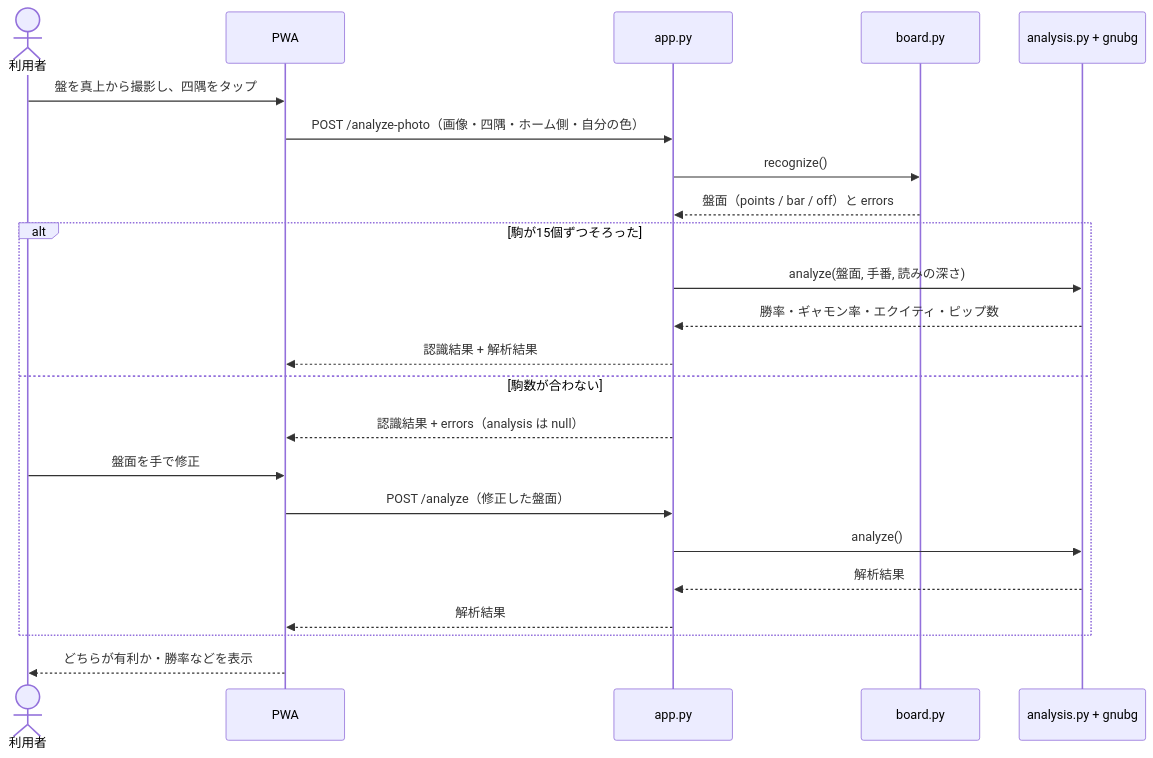
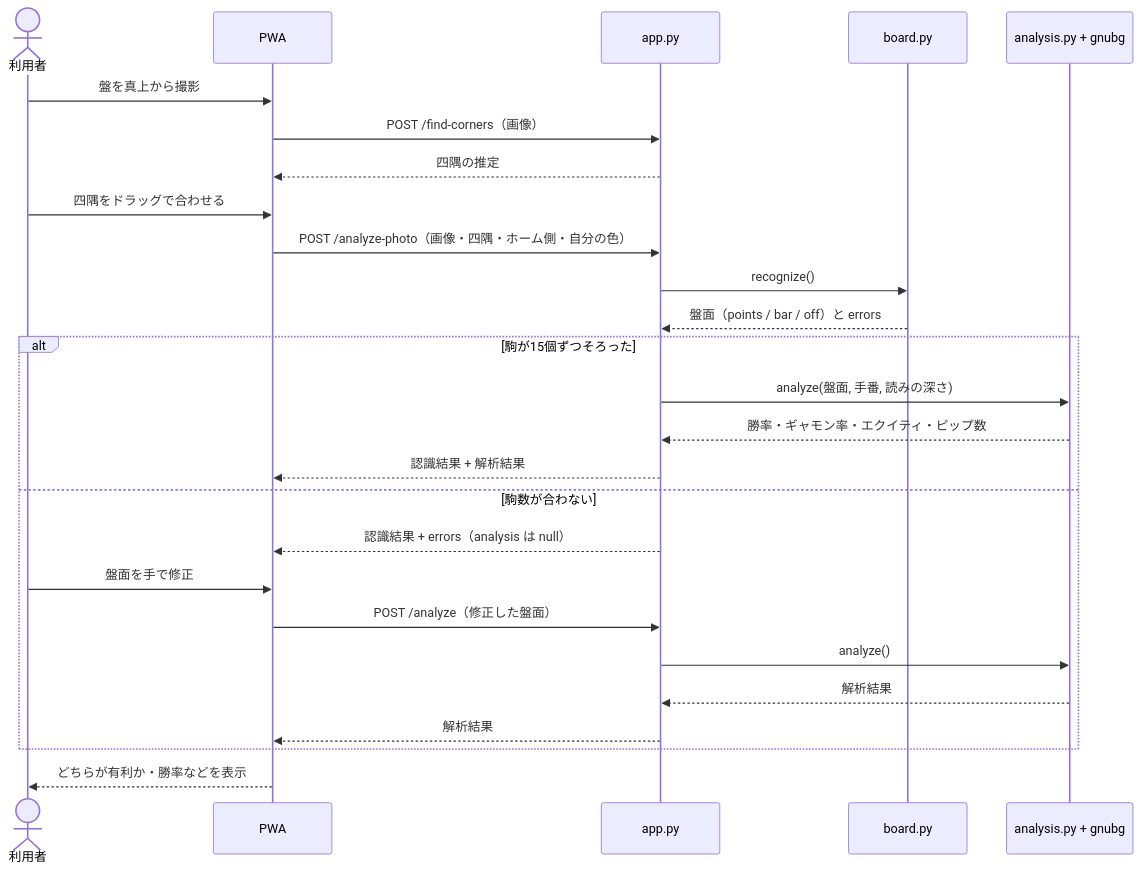
The third of 5 diagrams in README.md (ytani01/bganalyzer), drawn with Mermaid before and after one commit. The commit also changed other lines of this file and 9 other files, not shown here.

````diff
--- a/README.md
+++ b/README.md
@@ -83,26 +84,29 @@
 ```mermaid
 sequenceDiagram
     actor U as 利用者
     participant P as PWA
     participant A as app.py
     participant R as board.py
     participant G as analysis.py + gnubg
 
-    U->>P: 盤を真上から撮影し、四隅をタップ
+    U->>P: 盤を真上から撮影
+    P->>A: POST /find-corners（画像）
+    A-->>P: 四隅の推定
+    U->>P: 四隅をドラッグで合わせる
     P->>A: POST /analyze-photo（画像・四隅・ホーム側・自分の色）
     A->>R: recognize()
     R-->>A: 盤面（points / bar / off）と errors
     alt 駒が15個ずつそろった
         A->>G: analyze(盤面, 手番, 読みの深さ)
         G-->>A: 勝率・ギャモン率・エクイティ・ピップ数
         A-->>P: 認識結果 + 解析結果
     else 駒数が合わない
         A-->>P: 認識結果 + errors（analysis は null）
         U->>P: 盤面を手で修正
         P->>A: POST /analyze（修正した盤面）
         A->>G: analyze()
         G-->>A: 解析結果
         A-->>P: 解析結果
     end
     P-->>U: どちらが有利か・勝率などを表示
 ```
````
